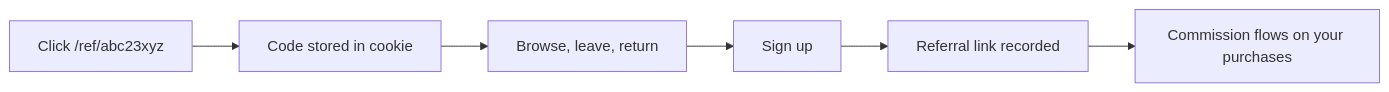
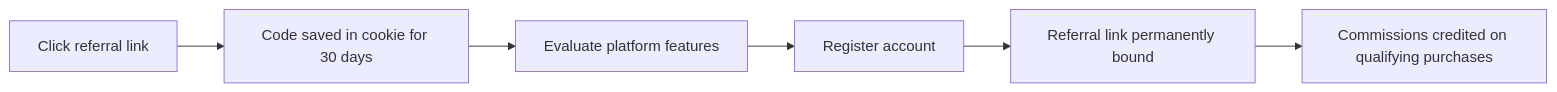
The diagram in getting-started/create-an-account.mdx (rempprandy/docs), drawn with Mermaid before and after one commit. The commit also changed other lines of this file and 37 other files, not shown here.

````diff
--- a/getting-started/create-an-account.mdx
+++ b/getting-started/create-an-account.mdx
@@ -29,8 +30,8 @@
 ```mermaid
 flowchart LR
-    A["Click /ref/abc23xyz"] --> B[Code stored in cookie]
-    B --> C[Browse, leave, return]
-    C --> D[Sign up]
-    D --> E[Referral link recorded]
-    E --> F[Commission flows on your purchases]
+    A["Click referral link"] --> B[Code saved in cookie for 30 days]
+    B --> C[Evaluate platform features]
+    C --> D[Register account]
+    D --> E[Referral link permanently bound]
+    E --> F[Commissions credited on qualifying purchases]
 ```
````
